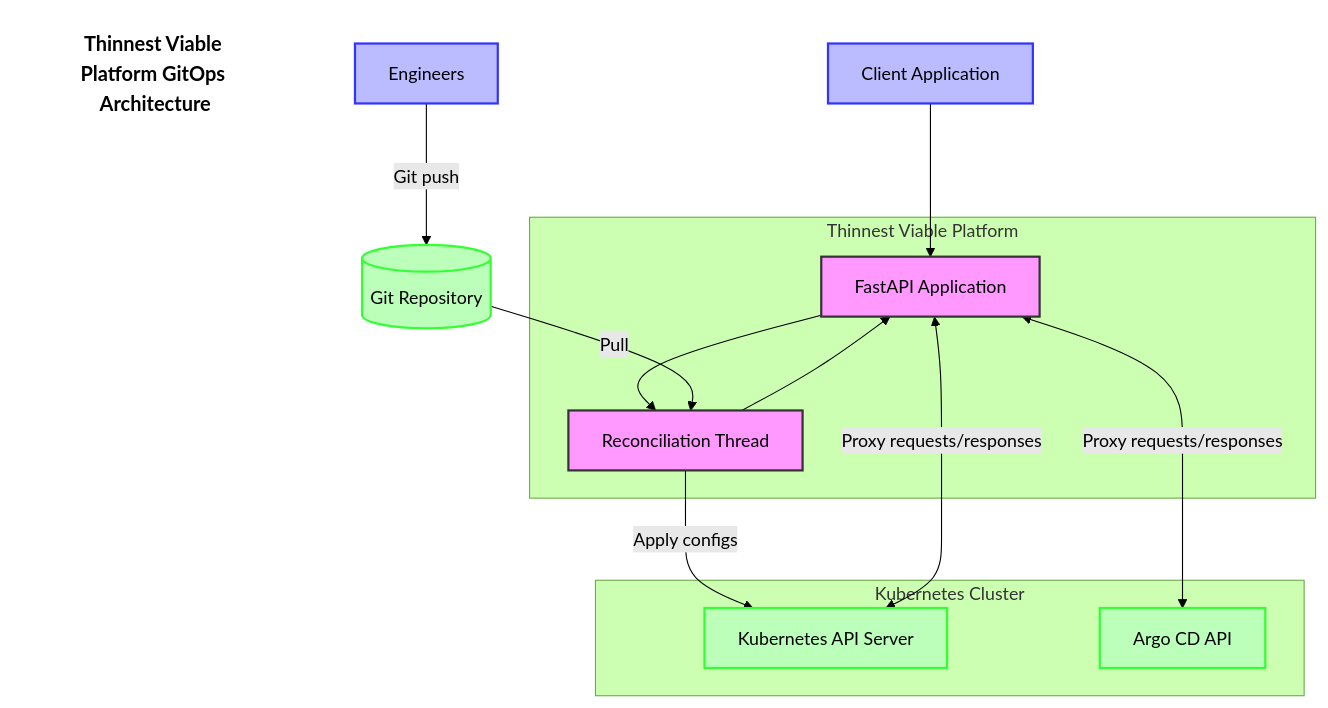
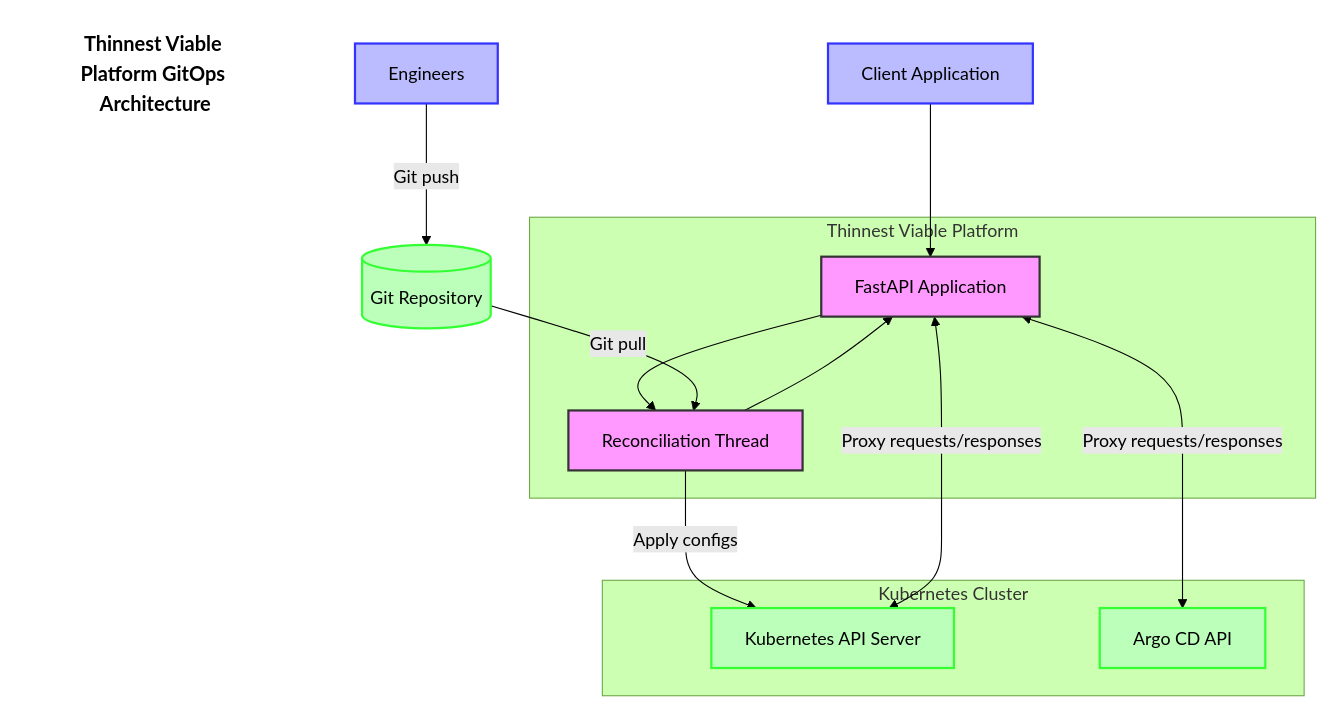
Before and after one commit to lloydchang/tvp-k8s: the first of 11 diagrams in README.md, drawn with Mermaid (forest theme).

````diff
--- a/README.md
+++ b/README.md
@@ -316,33 +316,33 @@
 ```mermaid
 flowchart TB
     title[Thinnest Viable Platform GitOps Architecture]
     style title fill:none,stroke:none,font-size:18px,font-weight:bold
     subgraph "Thinnest Viable Platform"
         API[FastAPI Application]
         RT[Reconciliation Thread]
         
         API --> RT
         RT --> API
     end
     
     Eng[Engineers] -->|Git push| GitRepo[(Git Repository)]
-    GitRepo -->|Pull| RT
+    GitRepo -->|Git pull| RT
     RT -->|Apply configs| KubernetesAPI
     
     subgraph "Kubernetes Cluster"
         KubernetesAPI[Kubernetes API Server]
         ArgoCD[Argo CD API]
     end
     
     Client[Client Application] --> API
     API <-->|Proxy requests/responses| KubernetesAPI
     API <-->|Proxy requests/responses| ArgoCD
     
     classDef platform fill:#f9f,stroke:#333,stroke-width:2px
     classDef external fill:#bfb,stroke:#3f3,stroke-width:2px
     classDef user fill:#bbf,stroke:#33f,stroke-width:2px
     
     class API,RT platform
     class KubernetesAPI,ArgoCD,GitRepo external
     class Eng,Client user
 ```
````
